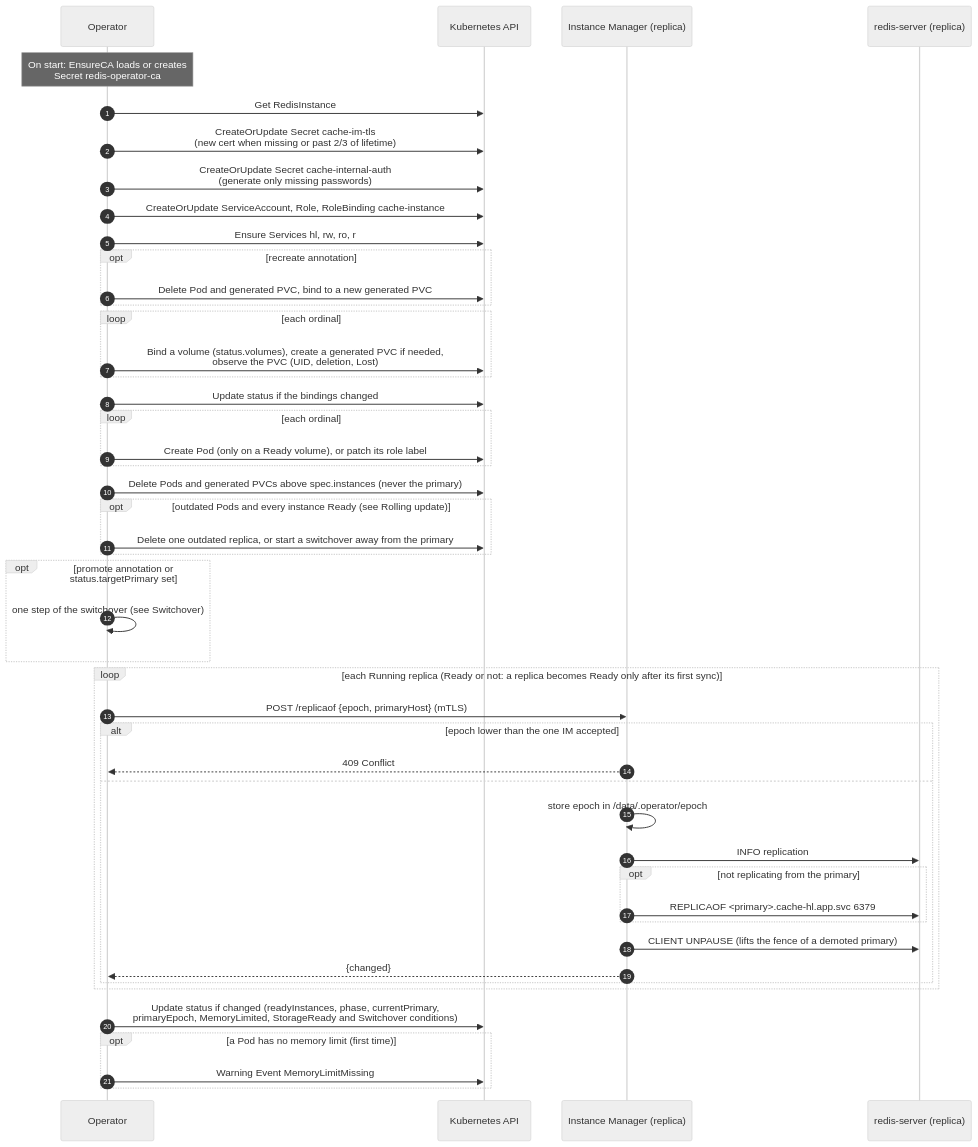
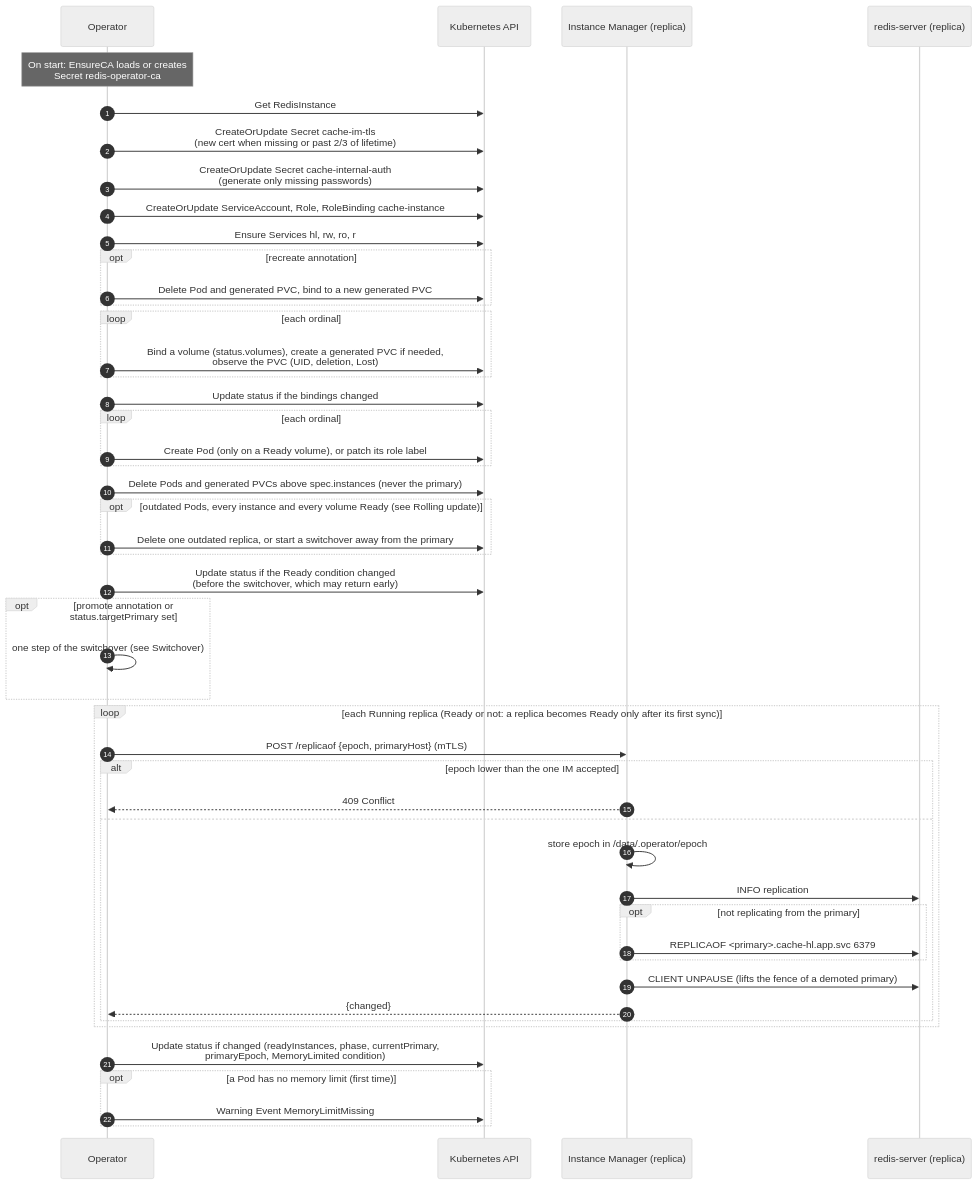
Before and after one commit to MrPickle311/redis-operator: the seventh of 7 diagrams in docs/architecture.md, drawn with Mermaid (neutral theme). The commit also changed other lines of this file and 4 other files, not shown here.

Commit message:
Enhance rolling updates with volume readiness checks, new `ConditionReady` status, and improved switchover validation logic.

````diff
--- a/docs/architecture.md
+++ b/docs/architecture.md
@@ -485,50 +541,51 @@
 ```mermaid
 sequenceDiagram
     autonumber
     participant OP as Operator
     participant API as Kubernetes API
     participant IM as Instance Manager (replica)
     participant RS as redis-server (replica)
 
     Note over OP: On start: EnsureCA loads or creates<br/>Secret redis-operator-ca
     OP->>API: Get RedisInstance
     OP->>API: CreateOrUpdate Secret cache-im-tls<br/>(new cert when missing or past 2/3 of lifetime)
     OP->>API: CreateOrUpdate Secret cache-internal-auth<br/>(generate only missing passwords)
     OP->>API: CreateOrUpdate ServiceAccount, Role, RoleBinding cache-instance
     OP->>API: Ensure Services hl, rw, ro, r
     opt recreate annotation
         OP->>API: Delete Pod and generated PVC, bind to a new generated PVC
     end
     loop each ordinal
         OP->>API: Bind a volume (status.volumes), create a generated PVC if needed,<br/>observe the PVC (UID, deletion, Lost)
     end
     OP->>API: Update status if the bindings changed
     loop each ordinal
         OP->>API: Create Pod (only on a Ready volume), or patch its role label
     end
     OP->>API: Delete Pods and generated PVCs above spec.instances (never the primary)
-    opt outdated Pods and every instance Ready (see Rolling update)
+    opt outdated Pods, every instance and every volume Ready (see Rolling update)
         OP->>API: Delete one outdated replica, or start a switchover away from the primary
     end
+    OP->>API: Update status if the Ready condition changed<br/>(before the switchover, which may return early)
     opt promote annotation or status.targetPrimary set
         OP->>OP: one step of the switchover (see Switchover)
     end
     loop each Running replica (Ready or not: a replica becomes Ready only after its first sync)
         OP->>IM: POST /replicaof {epoch, primaryHost} (mTLS)
         alt epoch lower than the one IM accepted
             IM-->>OP: 409 Conflict
         else
             IM->>IM: store epoch in /data/.operator/epoch
             IM->>RS: INFO replication
             opt not replicating from the primary
                 IM->>RS: REPLICAOF <primary>.cache-hl.app.svc 6379
             end
             IM->>RS: CLIENT UNPAUSE (lifts the fence of a demoted primary)
             IM-->>OP: {changed}
         end
     end
-    OP->>API: Update status if changed (readyInstances, phase, currentPrimary,<br/>primaryEpoch, MemoryLimited, StorageReady and Switchover conditions)
+    OP->>API: Update status if changed (readyInstances, phase, currentPrimary,<br/>primaryEpoch, MemoryLimited condition)
     opt a Pod has no memory limit (first time)
         OP->>API: Warning Event MemoryLimitMissing
     end
 ```
````
